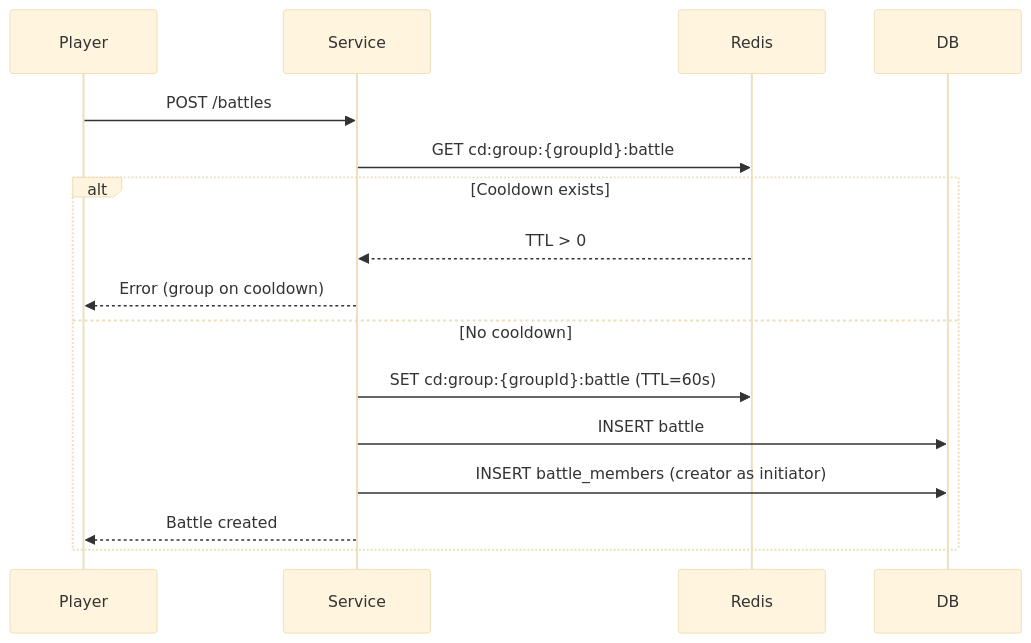
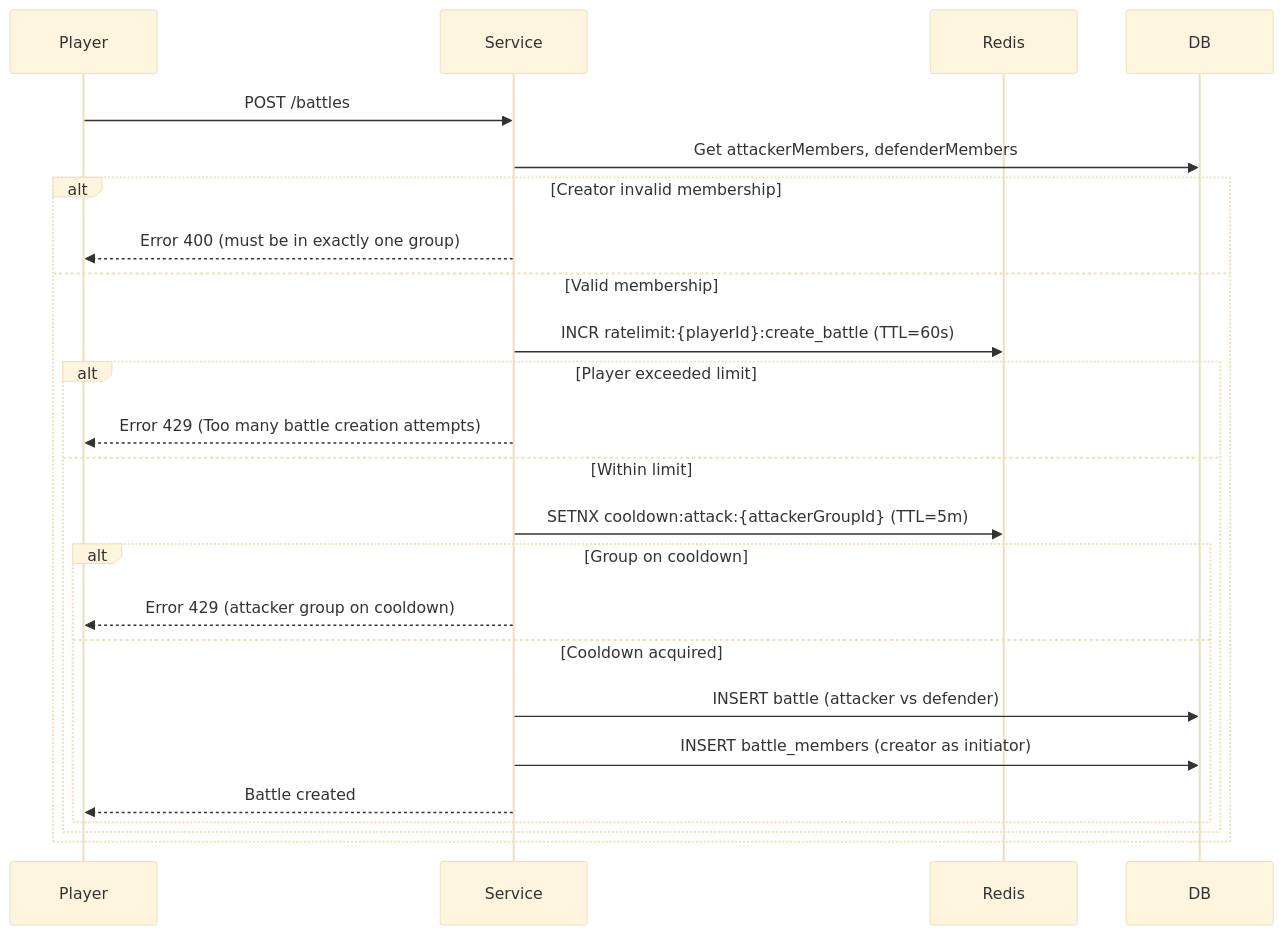
One commit to akulnurislam/social-game changed the second of 5 diagrams in README.md. Above: the diagram before and after it, drawn with Mermaid (base theme). The commit also changed other lines of this file, not shown here.

Commit message:
readme update flow

````diff
--- a/README.md
+++ b/README.md
@@ -193,19 +193,28 @@
    ```mermaid
    sequenceDiagram
        participant Player
        participant Service
        participant Redis
        participant DB
-   
+
        Player->>Service: POST /battles
-       Service->>Redis: GET cd:group:{groupId}:battle
-       alt Cooldown exists
-           Redis-->>Service: TTL > 0
-           Service-->>Player: Error (group on cooldown)
-       else No cooldown
-           Service->>Redis: SET cd:group:{groupId}:battle (TTL=60s)
-           Service->>DB: INSERT battle
-           Service->>DB: INSERT battle_members (creator as initiator)
-           Service-->>Player: Battle created
+
+       Service->>DB: Get attackerMembers, defenderMembers
+       alt Creator invalid membership
+           Service-->>Player: Error 400 (must be in exactly one group)
+       else Valid membership
+           Service->>Redis: INCR ratelimit:{playerId}:create_battle (TTL=60s)
+           alt Player exceeded limit
+               Service-->>Player: Error 429 (Too many battle creation attempts)
+           else Within limit
+               Service->>Redis: SETNX cooldown:attack:{attackerGroupId} (TTL=5m)
+               alt Group on cooldown
+                   Service-->>Player: Error 429 (attacker group on cooldown)
+               else Cooldown acquired
+                   Service->>DB: INSERT battle (attacker vs defender)
+                   Service->>DB: INSERT battle_members (creator as initiator)
+                   Service-->>Player: Battle created
+               end
+           end
        end
    ```
````
